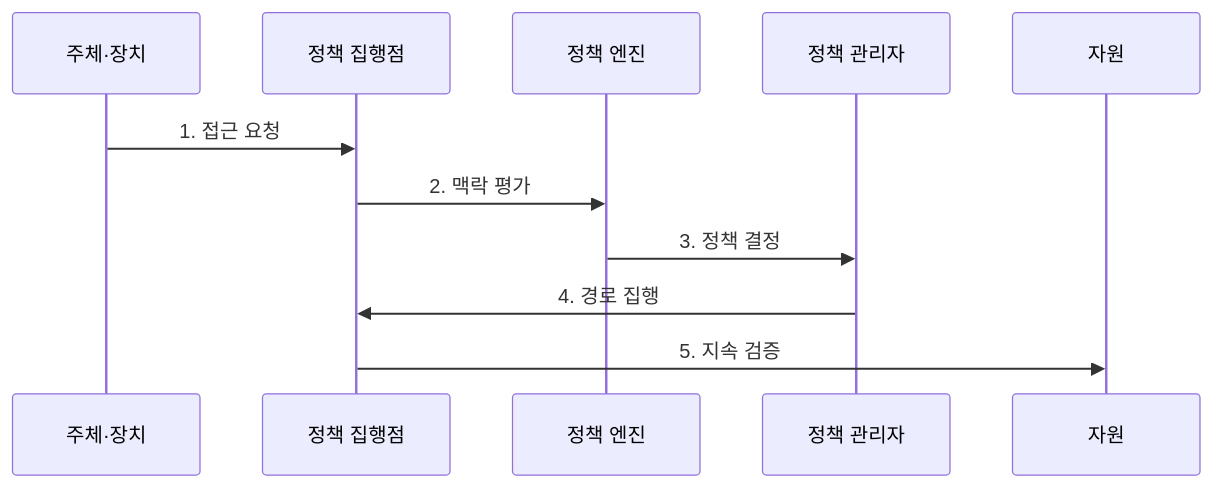
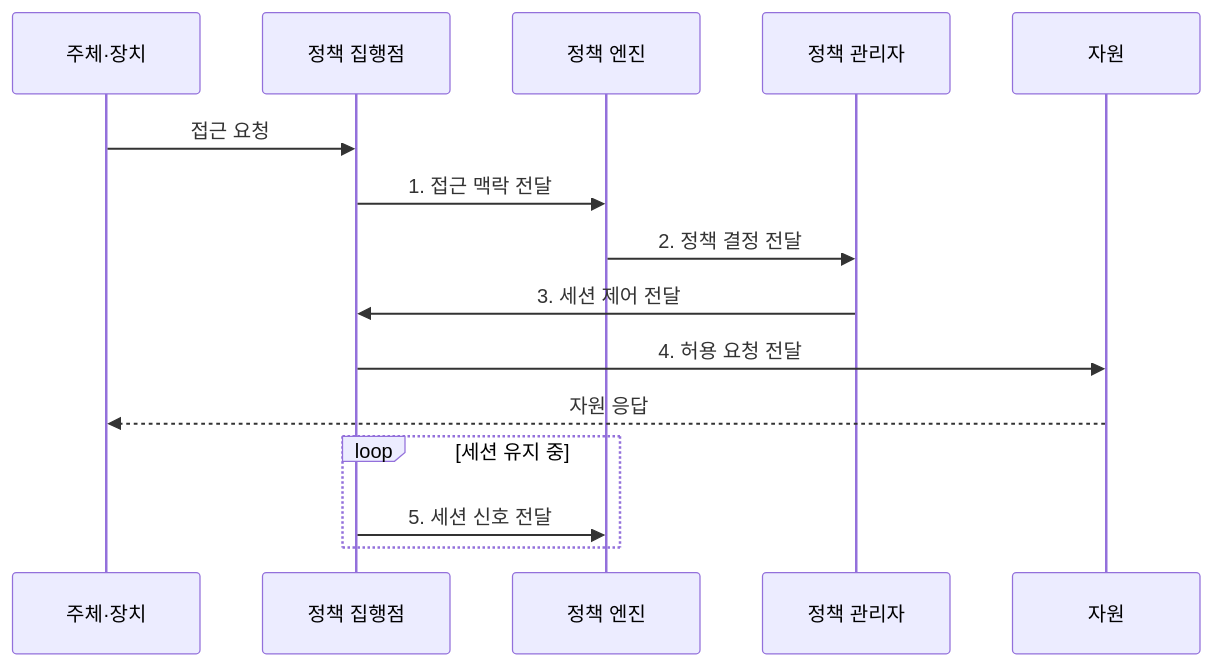
Before and after one commit to agnusdei1207/knowledge-base: the second of 2 diagrams in src/content/docs/notes/08-latest-tech/185_zero_trust_architecture.md, drawn with Mermaid. The commit also changed other lines of this file and 225 other files, not shown here.

````diff
--- a/src/content/docs/notes/08-latest-tech/185_zero_trust_architecture.md
+++ b/src/content/docs/notes/08-latest-tech/185_zero_trust_architecture.md
@@ -76,13 +76,17 @@
 ```mermaid
 sequenceDiagram
   participant S as 주체·장치
   participant P as 정책 집행점
   participant E as 정책 엔진
   participant A as 정책 관리자
   participant R as 자원
-  S->>P: 1. 접근 요청
-  P->>E: 2. 맥락 평가
-  E->>A: 3. 정책 결정
-  A->>P: 4. 경로 집행
-  P->>R: 5. 지속 검증
+  S->>P: 접근 요청
+  P->>E: 1. 접근 맥락 전달
+  E->>A: 2. 정책 결정 전달
+  A->>P: 3. 세션 제어 전달
+  P->>R: 4. 허용 요청 전달
+  R-->>S: 자원 응답
+  loop 세션 유지 중
+    P->>E: 5. 세션 신호 전달
+  end
 ```
````
